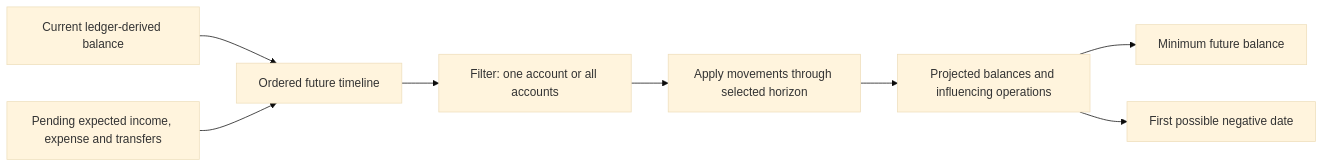
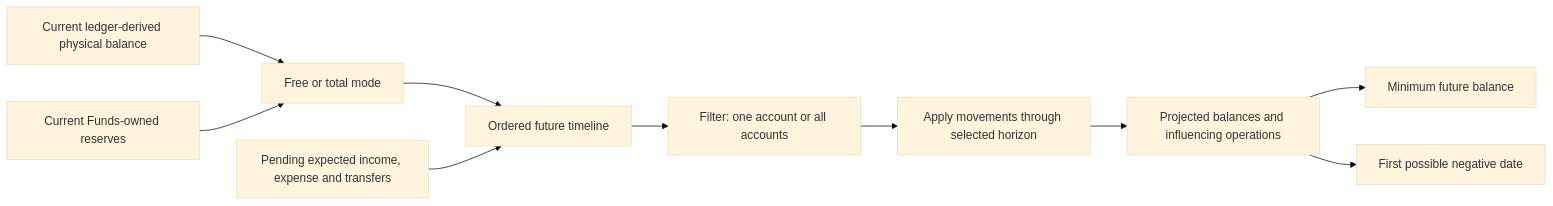
Before and after one commit to Gollardo/hermes: the seventh of 7 diagrams in docs/architecture/data-flow.md, drawn with Mermaid (base theme). The commit also changed other lines of this file and 74 other files, not shown here.

````diff
--- a/docs/architecture/data-flow.md
+++ b/docs/architecture/data-flow.md
@@ -166,10 +172,12 @@
 ```mermaid
 flowchart LR
-    Ledger["Current ledger-derived balance"] --> Timeline["Ordered future timeline"]
+    Ledger["Current ledger-derived physical balance"] --> BalanceMode["Free or total mode"]
+    Funds["Current Funds-owned reserves"] --> BalanceMode
+    BalanceMode --> Timeline["Ordered future timeline"]
     Expected["Pending expected income, expense and transfers"] --> Timeline
     Timeline --> Scope["Filter: one account or all accounts"]
     Scope --> Projection["Apply movements through selected horizon"]
     Projection --> Series["Projected balances and influencing operations"]
     Series --> Minimum["Minimum future balance"]
     Series --> Negative["First possible negative date"]
 ```
````
